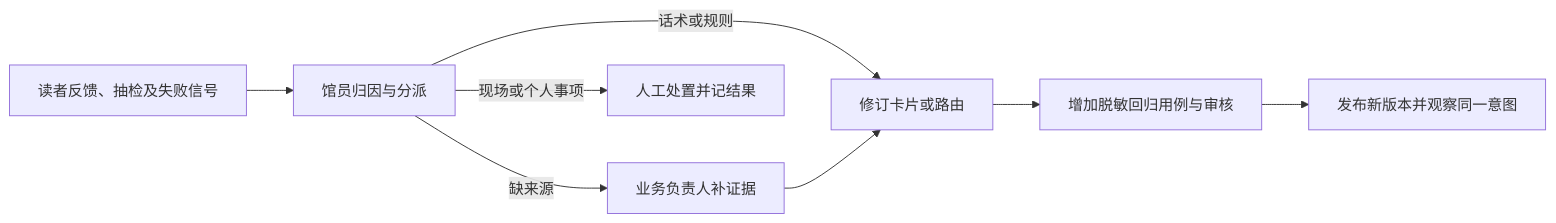
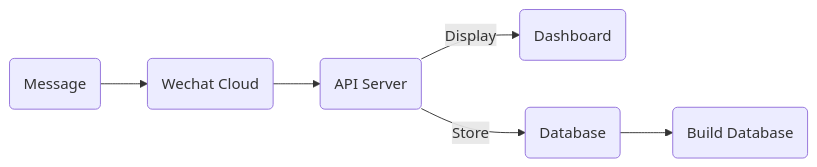
Before and after one commit to why-q/wechat-dev: the third of 3 diagrams in docs/LIBRARY-SUPPORT-DESIGN.md, drawn with Mermaid. The commit also changed other lines of this file and 3 other files, not shown here.

````diff
--- a/docs/LIBRARY-SUPPORT-DESIGN.md
+++ b/docs/LIBRARY-SUPPORT-DESIGN.md
@@ -128,10 +57,8 @@
 ```mermaid
 flowchart LR
-    A[读者反馈、抽检及失败信号] --> B[馆员归因与分派]
-    B -->|话术或规则| C[修订卡片或路由]
-    B -->|缺来源| D[业务负责人补证据]
-    B -->|现场或个人事项| E[人工处置并记结果]
-    D --> C
-    C --> F[增加脱敏回归用例与审核]
-    F --> G[发布新版本并观察同一意图]
+    A(Message) --> B(Wechat Cloud)
+    B --> C(API Server)
+    C -->|Display| D(Dashboard)
+    C -->|Store| E(Database)
+    E --> F(Build Database)
 ```
````
